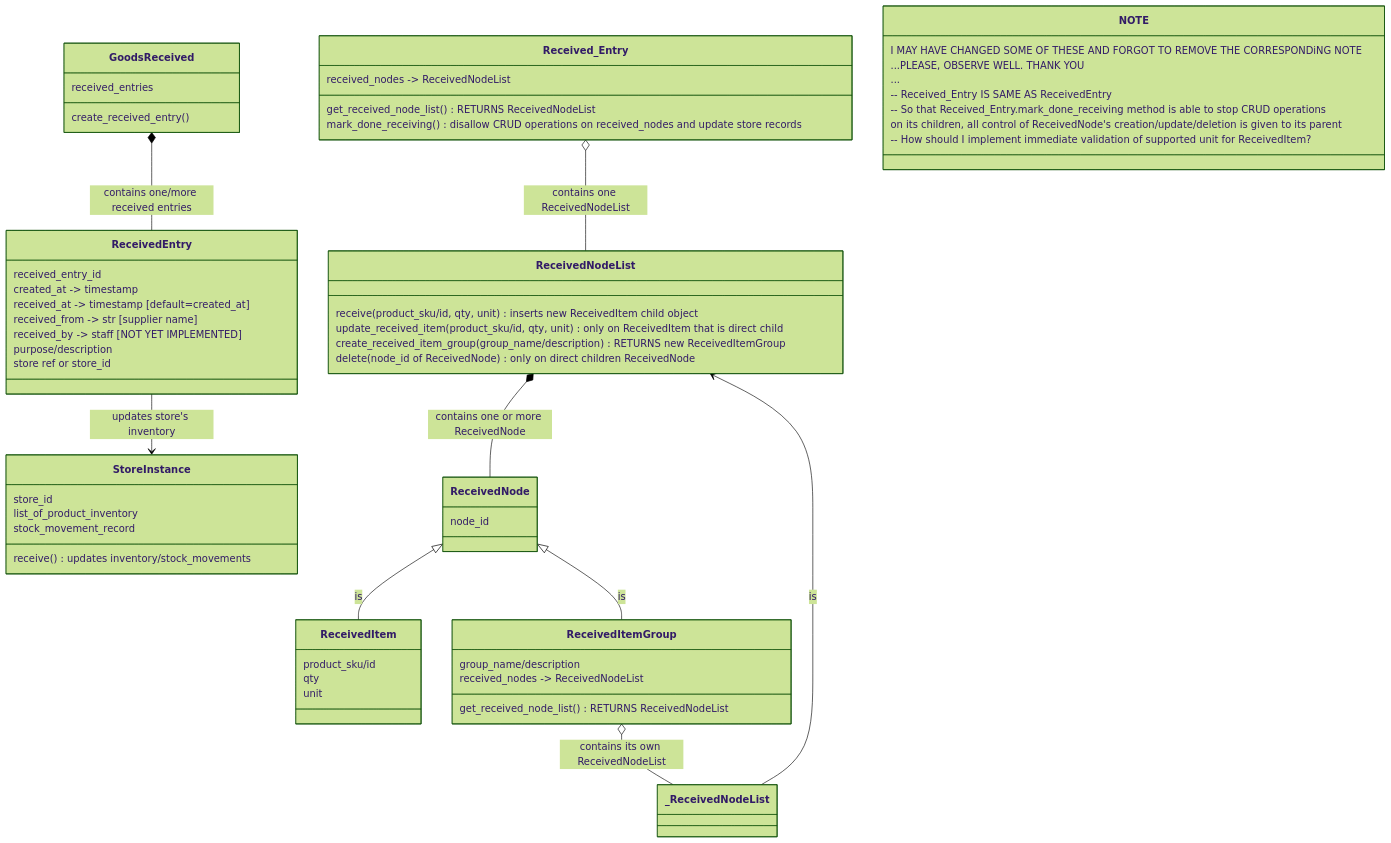
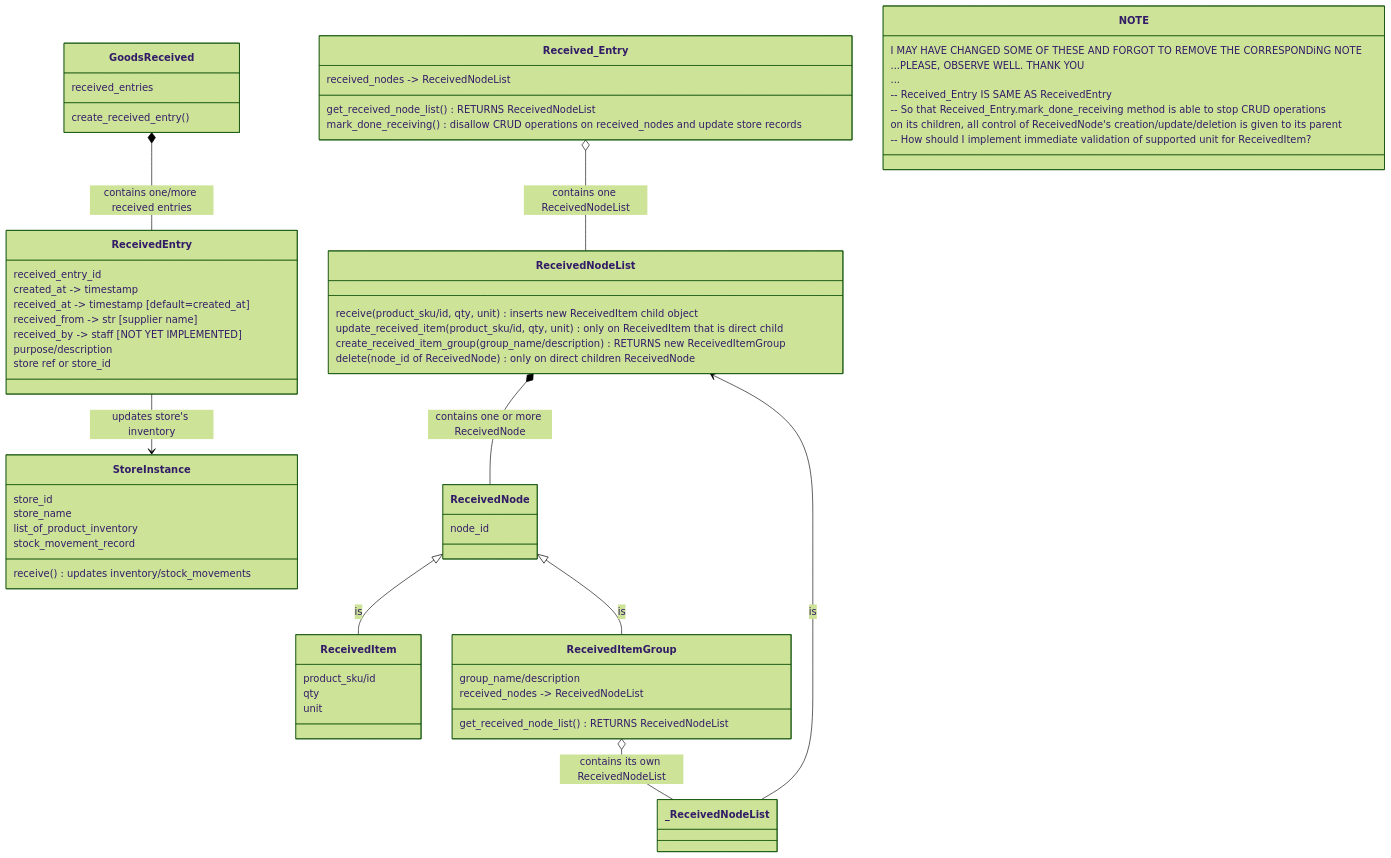
The diagram in docs/design_brainstorm_1.md (themanprince/mnlsir), drawn with Mermaid (forest theme) before and after one commit. The commit also changed 3 other files, not shown here.

````diff
--- a/docs/design_brainstorm_1.md
+++ b/docs/design_brainstorm_1.md
@@ -10,74 +10,75 @@
 ```mermaid
 
 classDiagram
     
     GoodsReceived *-- ReceivedEntry: contains one/more received entries
     
     ReceivedEntry --> StoreInstance: updates store's inventory
 
     Received_Entry o-- ReceivedNodeList: contains one ReceivedNodeList
     ReceivedNodeList *-- ReceivedNode: contains one or more ReceivedNode
     
     ReceivedNode <|-- ReceivedItem: is
     ReceivedNode <|-- ReceivedItemGroup: is 
     
     ReceivedItemGroup o-- _ReceivedNodeList: contains its own ReceivedNodeList
     _ReceivedNodeList --> ReceivedNodeList: is
     
    
    GoodsReceived: create_received_entry()
    GoodsReceived: received_entries
     
     ReceivedEntry: received_entry_id
     ReceivedEntry: created_at -> timestamp
     ReceivedEntry: received_at -> timestamp [default=created_at]
     ReceivedEntry: received_from -> str [supplier name]
     ReceivedEntry: received_by -> staff [NOT YET IMPLEMENTED]
     ReceivedEntry: purpose/description
     ReceivedEntry: store ref or store_id
     
     
    
-    StoreInstance: store_id  
+    StoreInstance: store_id
+    StoreInstance: store_name
     StoreInstance: list_of_product_inventory
     StoreInstance: stock_movement_record
     StoreInstance: receive() updates inventory/stock_movements
     
     
     
     Received_Entry: received_nodes -> ReceivedNodeList
     Received_Entry: get_received_node_list() RETURNS ReceivedNodeList
     Received_Entry: mark_done_receiving() disallow CRUD operations on received_nodes and update store records
     
     
     
     ReceivedNodeList: receive(product_sku/id, qty, unit) inserts new ReceivedItem child object
     ReceivedNodeList: update_received_item(product_sku/id, qty, unit) only on ReceivedItem that is direct child
     ReceivedNodeList: create_received_item_group(group_name/description) RETURNS new ReceivedItemGroup
     ReceivedNodeList: delete(node_id of ReceivedNode) only on direct children ReceivedNode
      
      
     ReceivedNode: node_id
      
      
     ReceivedItem: product_sku/id
     ReceivedItem: qty
     ReceivedItem: unit
      
     
     ReceivedItemGroup: group_name/description
     ReceivedItemGroup: received_nodes -> ReceivedNodeList
     ReceivedItemGroup: get_received_node_list() RETURNS ReceivedNodeList
     
     
     
     
     NOTE: I MAY HAVE CHANGED SOME OF THESE AND FORGOT TO REMOVE THE CORRESPONDiNG NOTE
     NOTE: ...PLEASE, OBSERVE WELL. THANK YOU
     NOTE: ...
     NOTE: -- Received_Entry IS SAME AS ReceivedEntry
     NOTE: -- So that Received_Entry.mark_done_receiving method is able to stop CRUD operations
     NOTE: on its children, all control of ReceivedNode's creation/update/deletion is given to its parent
     NOTE: -- How should I implement immediate validation of supported unit for ReceivedItem?
 
 ```
````
